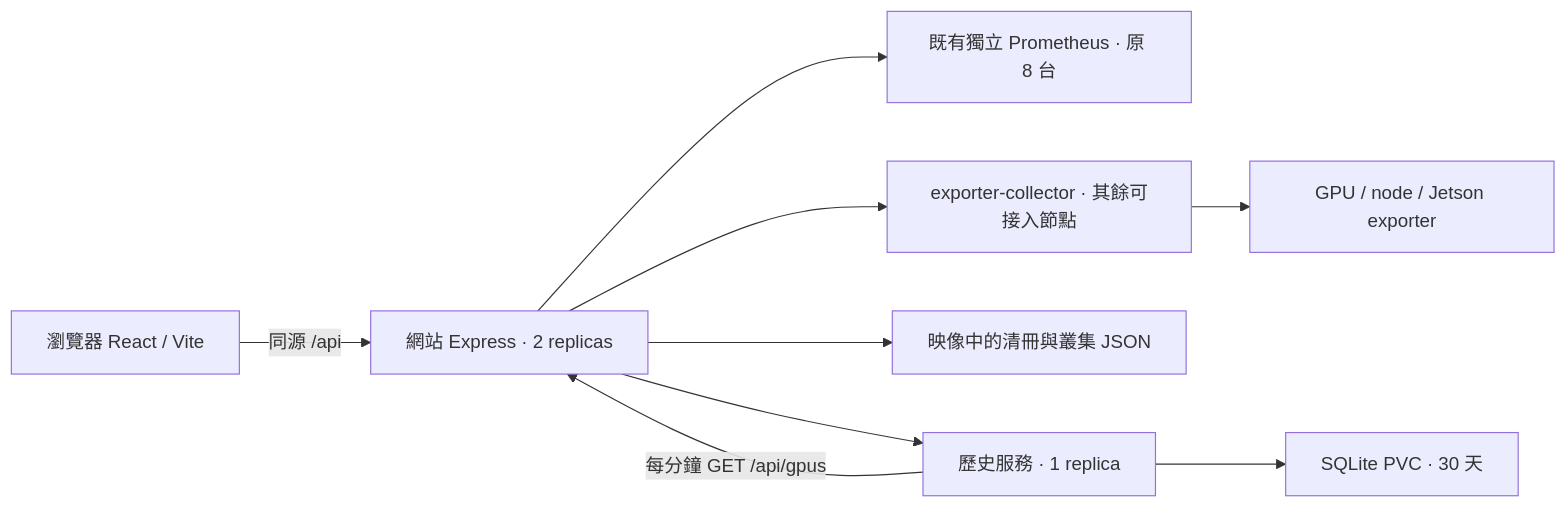
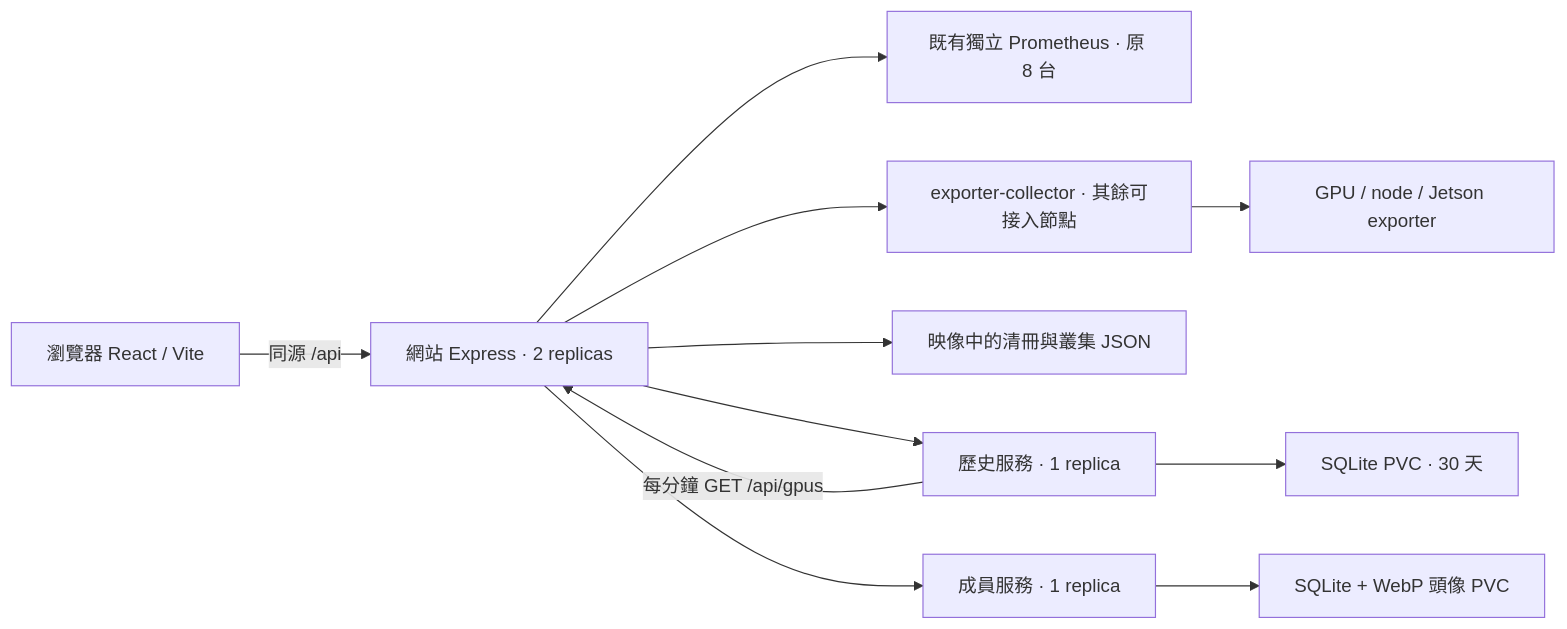
One commit to Uokio516/tunghai-hpclab-website changed the diagram in docs/website-architecture.md. Above: the diagram before and after it, drawn with Mermaid. The commit also changed other lines of this file and 14 other files, not shown here.

````diff
--- a/docs/website-architecture.md
+++ b/docs/website-architecture.md
@@ -7,11 +7,13 @@
 ```mermaid
 flowchart LR
   Browser[瀏覽器 React / Vite] -->|同源 /api| Site[網站 Express · 2 replicas]
   Site --> Prom[既有獨立 Prometheus · 原 8 台]
   Site --> Collector[exporter-collector · 其餘可接入節點]
   Collector --> Exporters[GPU / node / Jetson exporter]
   Site --> Inventory[映像中的清冊與叢集 JSON]
   Site --> History[歷史服務 · 1 replica]
   History -->|每分鐘 GET /api/gpus| Site
   History --> PVC[SQLite PVC · 30 天]
+  Site --> Members[成員服務 · 1 replica]
+  Members --> MemberPVC[SQLite + WebP 頭像 PVC]
 ```
````
